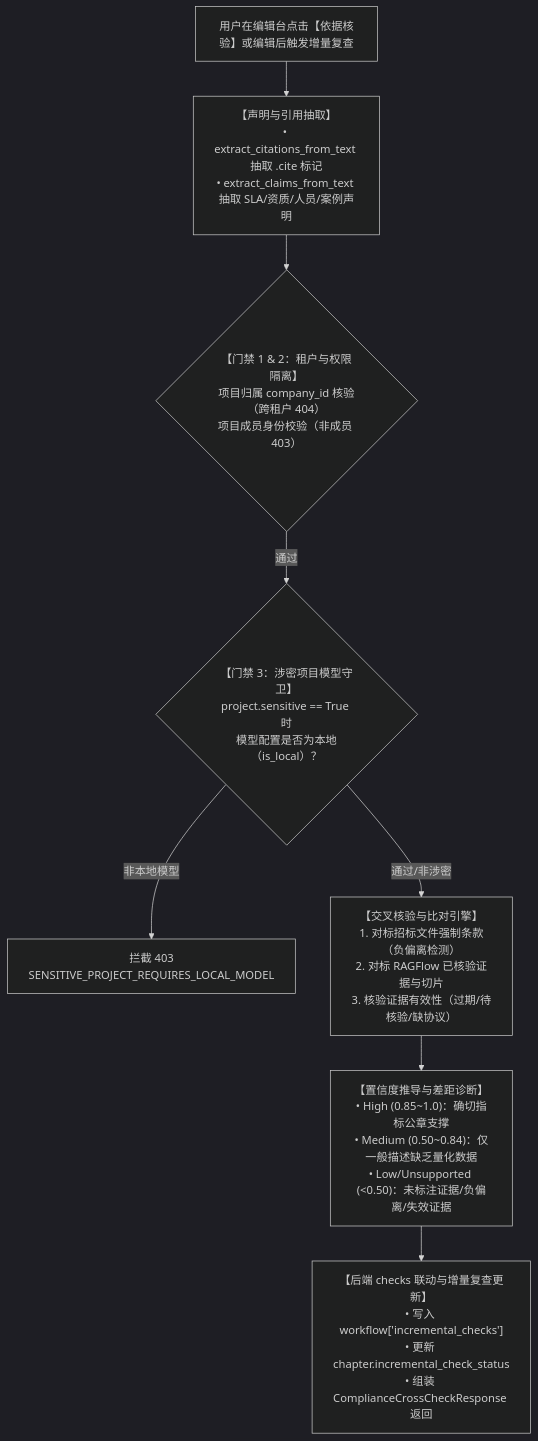
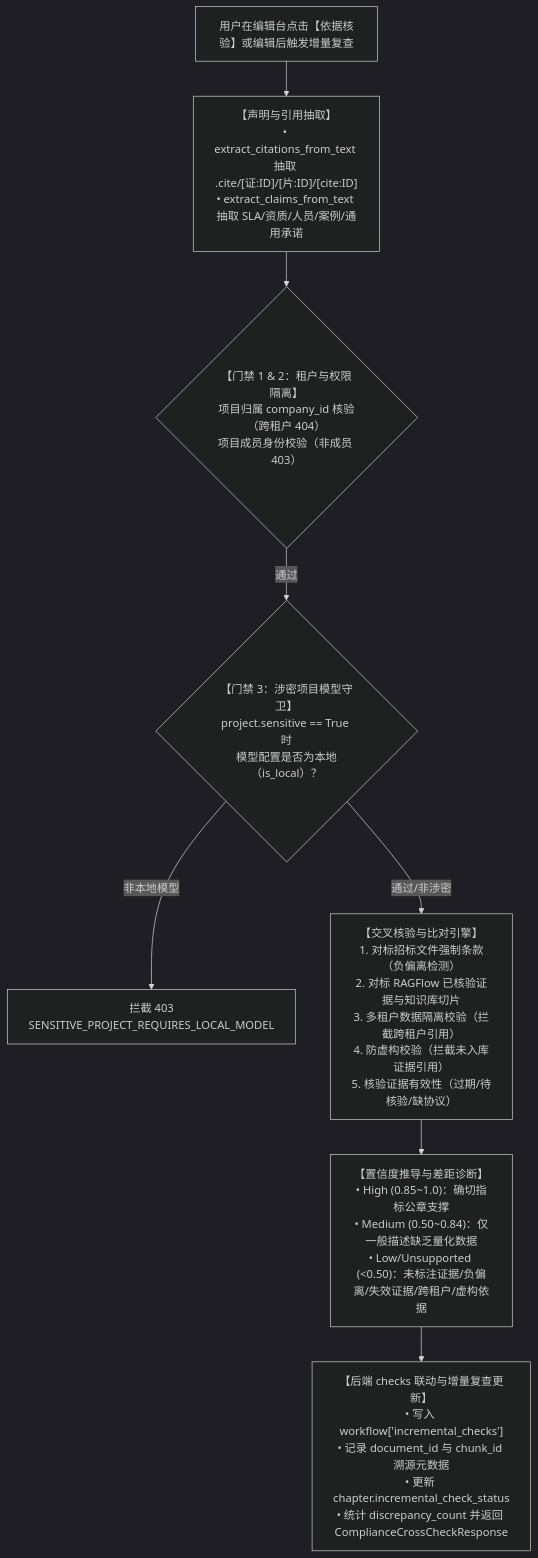
Before and after one commit to Faith-Neil/if-children-have-been-grown: the diagram in docs/code/AI-COMPLIANCE-CROSS-CHECK.md, drawn with Mermaid (dark theme). The commit also changed other lines of this file and 36 other files, not shown here.

Commit message:
feat: complete wave 2 delivery for FE-TECH-DEBT-01, BE-COMPLIANCE-RULES-P1, AI-COMPLIANCE-CROSS-CHECK, INT-MODEL-CONFIG-MODAL

````diff
--- a/docs/code/AI-COMPLIANCE-CROSS-CHECK.md
+++ b/docs/code/AI-COMPLIANCE-CROSS-CHECK.md
@@ -30,14 +31,14 @@
 ```mermaid
 flowchart TD
-    UserTrigger["用户在编辑台点击【依据核验】或编辑后触发增量复查"] --> ParseText["【声明与引用抽取】<br/>• extract_citations_from_text 抽取 .cite 标记<br/>• extract_claims_from_text 抽取 SLA/资质/人员/案例声明"]
+    UserTrigger["用户在编辑台点击【依据核验】或编辑后触发增量复查"] --> ParseText["【声明与引用抽取】<br/>• extract_citations_from_text 抽取 .cite/[证:ID]/[片:ID]/[cite:ID]<br/>• extract_claims_from_text 抽取 SLA/资质/人员/案例/通用承诺"]
     
     ParseText --> TenantGate{"【门禁 1 & 2：租户与权限隔离】<br/>项目归属 company_id 核验（跨租户 404）<br/>项目成员身份校验（非成员 403）"}
     TenantGate -- "通过" --> SensitiveGate{"【门禁 3：涉密项目模型守卫】<br/>project.sensitive == True 时<br/>模型配置是否为本地（is_local）？"}
     
     SensitiveGate -- "非本地模型" --> BlockSensitive["拦截 403<br/>SENSITIVE_PROJECT_REQUIRES_LOCAL_MODEL"]
-    SensitiveGate -- "通过/非涉密" --> CrossMatch["【交叉核验与比对引擎】<br/>1. 对标招标文件强制条款（负偏离检测）<br/>2. 对标 RAGFlow 已核验证据与切片<br/>3. 核验证据有效性（过期/待核验/缺协议）"]
+    SensitiveGate -- "通过/非涉密" --> CrossMatch["【交叉核验与比对引擎】<br/>1. 对标招标文件强制条款（负偏离检测）<br/>2. 对标 RAGFlow 已核验证据与知识库切片<br/>3. 多租户数据隔离校验（拦截跨租户引用）<br/>4. 防虚构校验（拦截未入库证据引用）<br/>5. 核验证据有效性（过期/待核验/缺协议）"]
     
-    CrossMatch --> ConfidenceCalc["【置信度推导与差距诊断】<br/>• High (0.85~1.0)：确切指标公章支撑<br/>• Medium (0.50~0.84)：仅一般描述缺乏量化数据<br/>• Low/Unsupported (<0.50)：未标注证据/负偏离/失效证据"]
+    CrossMatch --> ConfidenceCalc["【置信度推导与差距诊断】<br/>• High (0.85~1.0)：确切指标公章支撑<br/>• Medium (0.50~0.84)：仅一般描述缺乏量化数据<br/>• Low/Unsupported (<0.50)：未标注证据/负偏离/失效证据/跨租户/虚构依据"]
     
-    ConfidenceCalc --> SyncChecks["【后端 checks 联动与增量复查更新】<br/>• 写入 workflow['incremental_checks']<br/>• 更新 chapter.incremental_check_status<br/>• 组装 ComplianceCrossCheckResponse 返回"]
+    ConfidenceCalc --> SyncChecks["【后端 checks 联动与增量复查更新】<br/>• 写入 workflow['incremental_checks']<br/>• 记录 document_id 与 chunk_id 溯源元数据<br/>• 更新 chapter.incremental_check_status<br/>• 统计 discrepancy_count 并返回 ComplianceCrossCheckResponse"]
 ```
````
